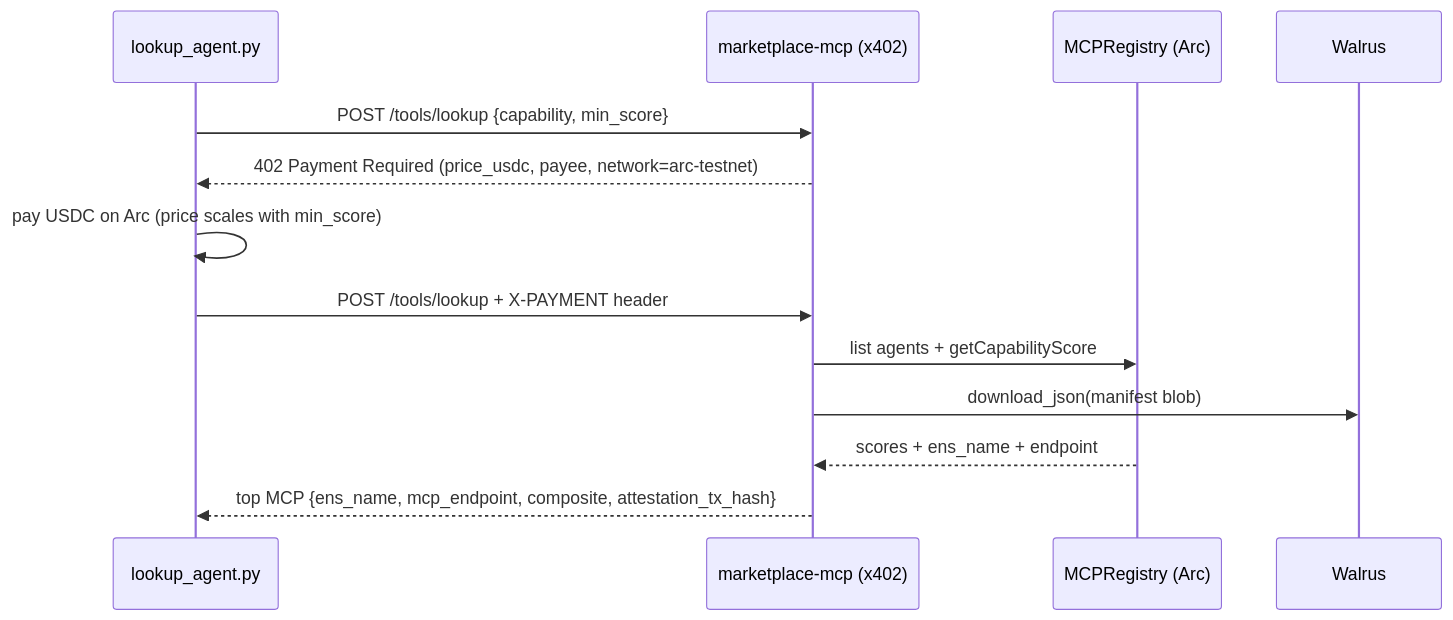
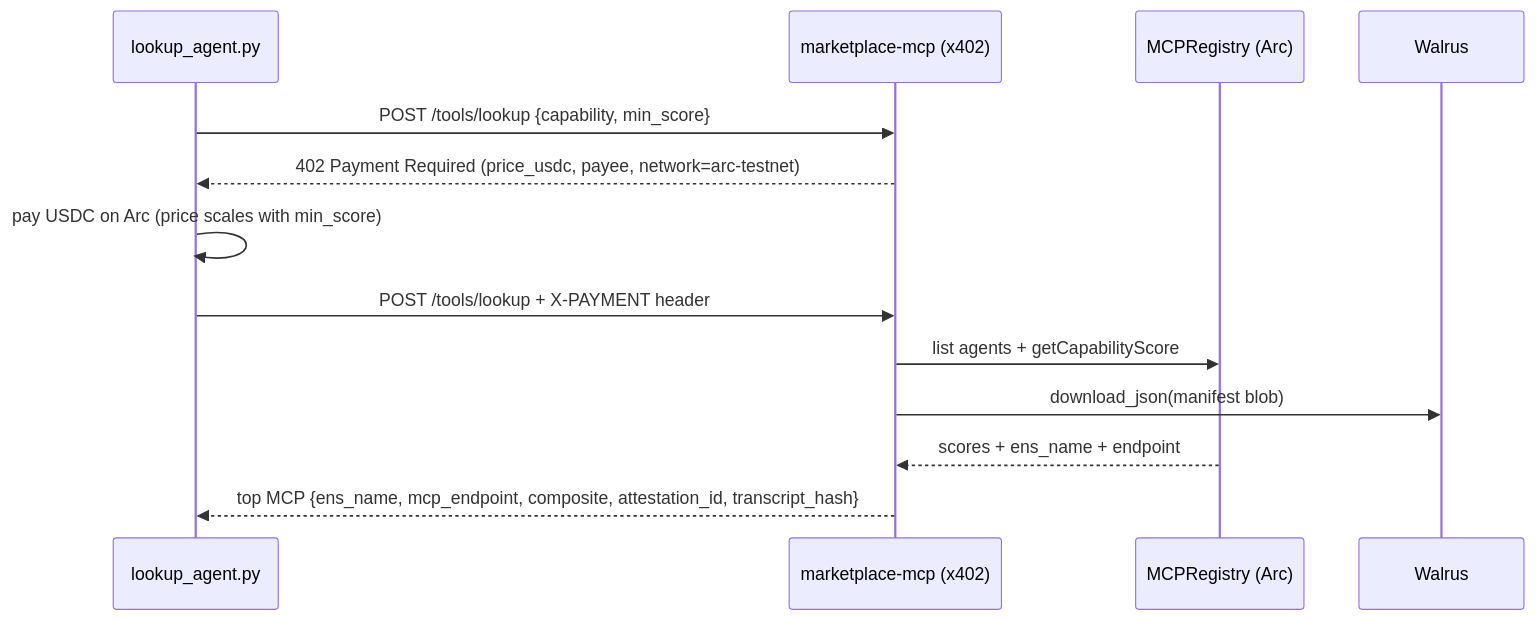
The second of 2 diagrams in README.md (vhspace/goldenmcp), drawn with Mermaid before and after one commit. The commit also changed other lines of this file and 14 other files, not shown here.

````diff
--- a/README.md
+++ b/README.md
@@ -78,16 +80,16 @@
 ```mermaid
 sequenceDiagram
     participant Agent as lookup_agent.py
     participant Market as marketplace-mcp (x402)
     participant Reg as MCPRegistry (Arc)
     participant Wal as Walrus
 
     Agent->>Market: POST /tools/lookup {capability, min_score}
     Market-->>Agent: 402 Payment Required (price_usdc, payee, network=arc-testnet)
     Agent->>Agent: pay USDC on Arc (price scales with min_score)
     Agent->>Market: POST /tools/lookup + X-PAYMENT header
     Market->>Reg: list agents + getCapabilityScore
     Market->>Wal: download_json(manifest blob)
     Reg-->>Market: scores + ens_name + endpoint
-    Market-->>Agent: top MCP {ens_name, mcp_endpoint, composite, attestation_tx_hash}
+    Market-->>Agent: top MCP {ens_name, mcp_endpoint, composite, attestation_id, transcript_hash}
 ```
````
